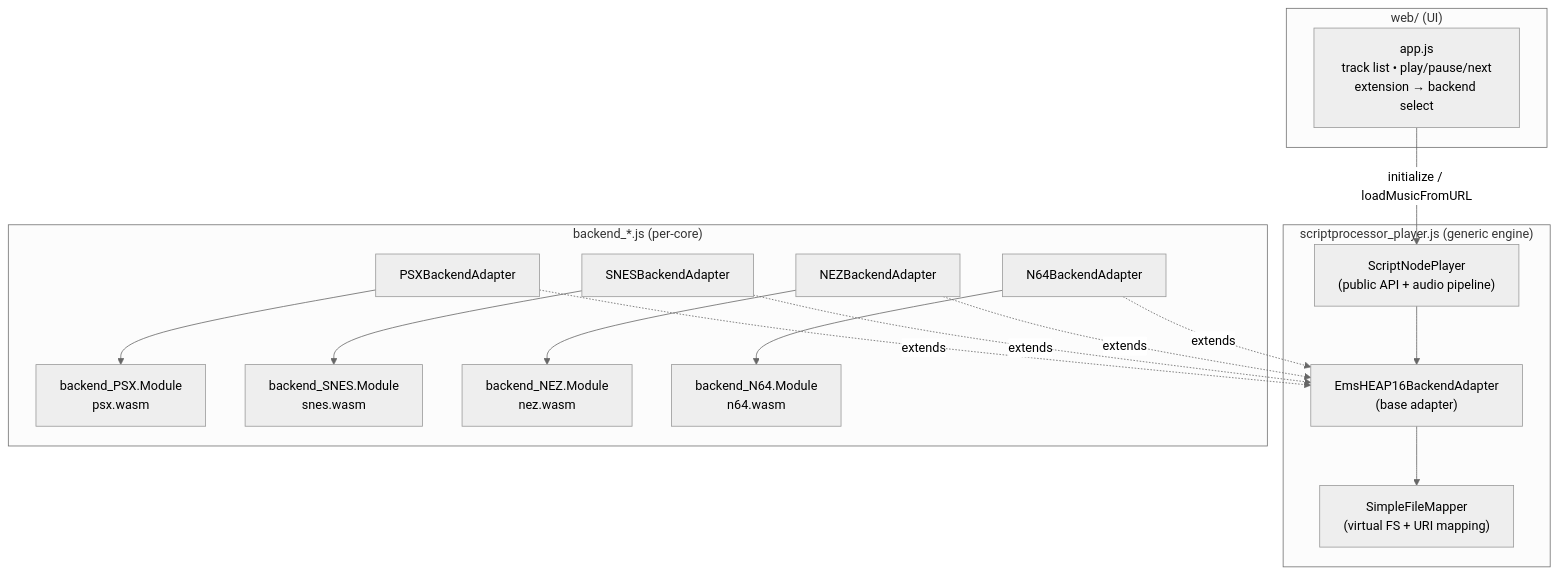
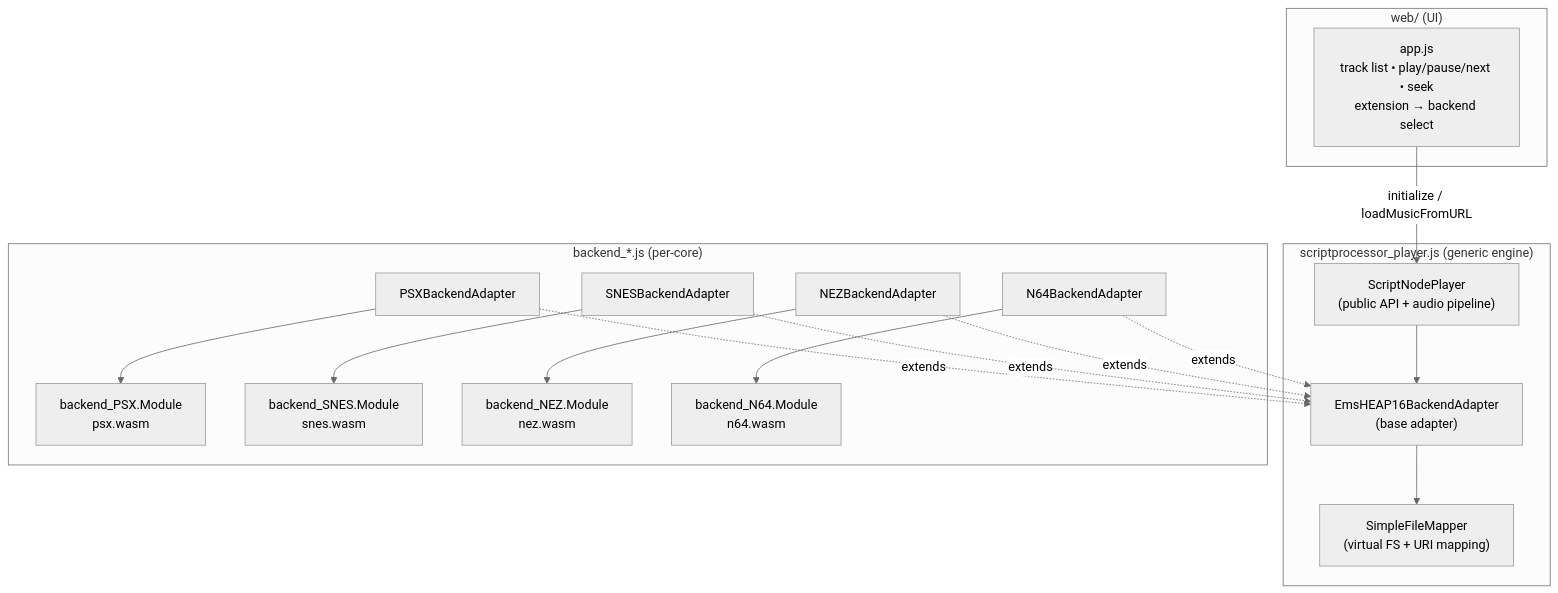
The diagram in README.md (mode777/trackify), drawn with Mermaid (neutral theme) before and after one commit. The commit also changed other lines of this file and 4 other files, not shown here.

````diff
--- a/README.md
+++ b/README.md
@@ -177,35 +182,35 @@
 ```mermaid
 flowchart TD
     subgraph UI["web/ (UI)"]
-        APP["app.js<br/>track list • play/pause/next<br/>extension → backend select"]
+      APP["app.js<br/>track list • play/pause/next • seek<br/>extension → backend select"]
     end
 
     subgraph PLAYER["scriptprocessor_player.js (generic engine)"]
         SNP["ScriptNodePlayer<br/>(public API + audio pipeline)"]
         ADP["EmsHEAP16BackendAdapter<br/>(base adapter)"]
         FM["SimpleFileMapper<br/>(virtual FS + URI mapping)"]
     end
 
     subgraph BACKENDS["backend_*.js (per-core)"]
         PSXA["PSXBackendAdapter"]
         SNESA["SNESBackendAdapter"]
       NEZA["NEZBackendAdapter"]
       N64A["N64BackendAdapter"]
         PSXM["backend_PSX.Module<br/>psx.wasm"]
         SNESM["backend_SNES.Module<br/>snes.wasm"]
       NEZM["backend_NEZ.Module<br/>nez.wasm"]
       N64M["backend_N64.Module<br/>n64.wasm"]
     end
 
     APP -->|initialize / loadMusicFromURL| SNP
     SNP --> ADP
     ADP --> FM
     PSXA -.->|extends| ADP
     SNESA -.->|extends| ADP
     NEZA -.->|extends| ADP
     N64A -.->|extends| ADP
     PSXA --> PSXM
     SNESA --> SNESM
     NEZA --> NEZM
     N64A --> N64M
 ```
````
